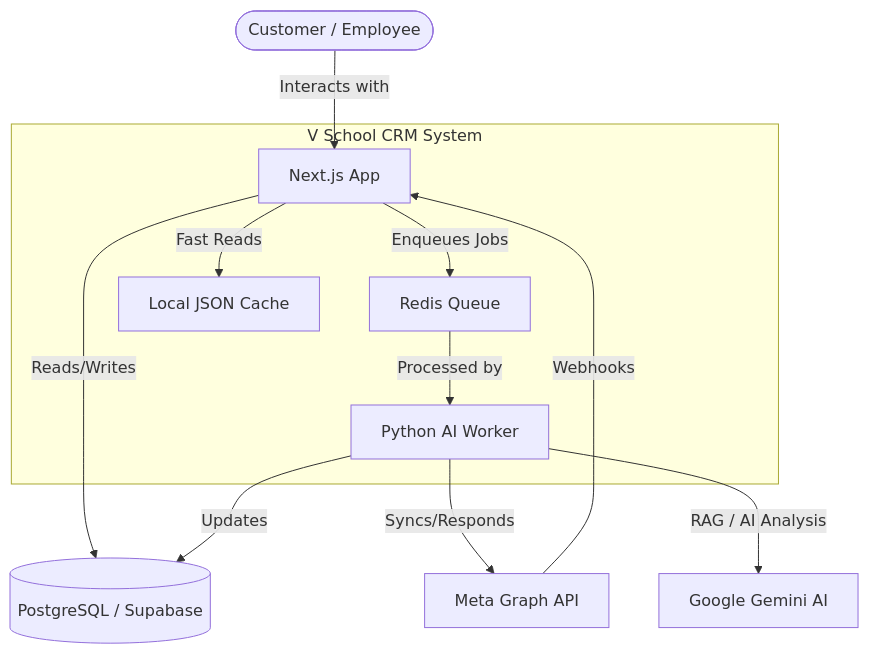
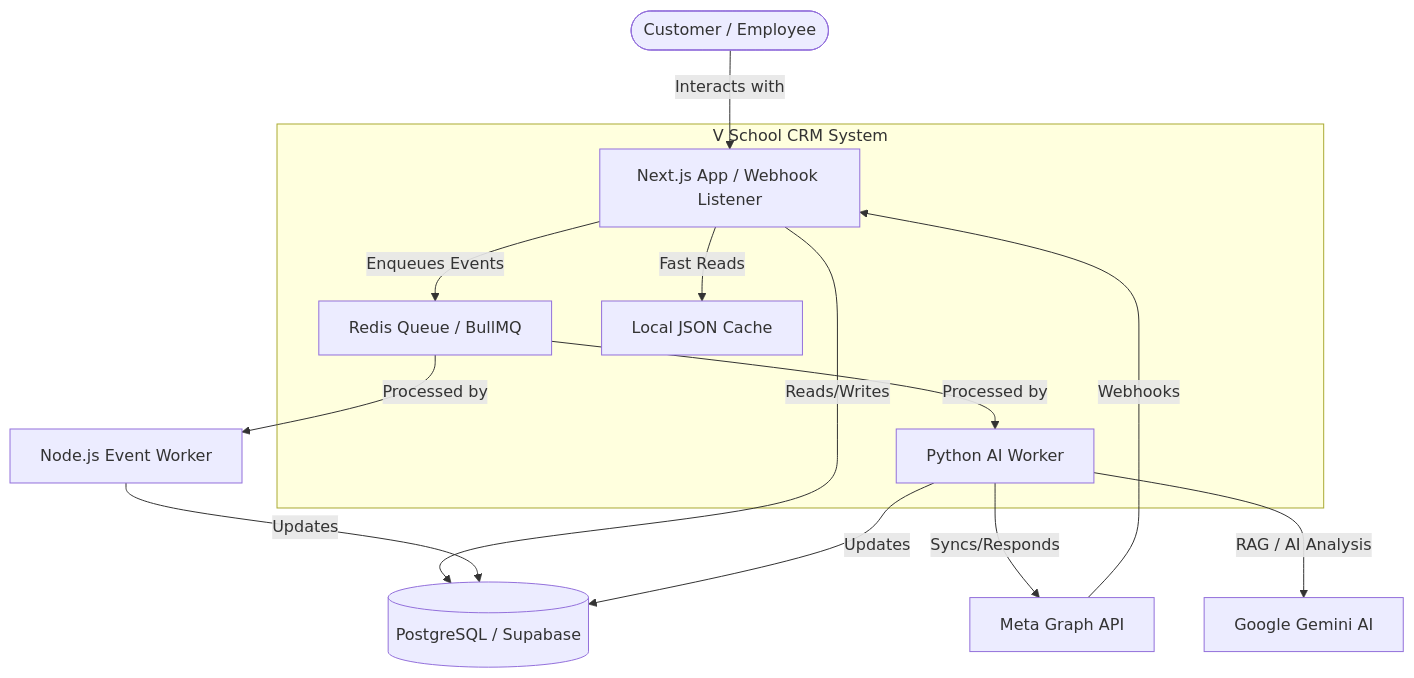
One commit to Freshair129/data_hub changed the second of 5 diagrams in crm-app/docs/architecture/arc42-main.md. Above: the diagram before and after it, drawn with Mermaid. The commit also changed other lines of this file and 90 other files, not shown here.

````diff
--- a/crm-app/docs/architecture/arc42-main.md
+++ b/crm-app/docs/architecture/arc42-main.md
@@ -59,27 +59,29 @@
 ```mermaid
 graph TD
     User([Customer / Employee])
     
     subgraph V_School_CRM_System [V School CRM System]
-        Web_App[Next.js App]
+        Web_App[Next.js App / Webhook Listener]
         Python_Worker[Python AI Worker]
-        Redis_Queue[Redis Queue]
+        Redis_Queue[Redis Queue / BullMQ]
         JSON_Cache[Local JSON Cache]
     end
 
     Supabase[(PostgreSQL / Supabase)]
     Meta[Meta Graph API]
     Gemini[Google Gemini AI]
 
     User -->|Interacts with| Web_App
     Web_App -->|Reads/Writes| Supabase
     Web_App -->|Fast Reads| JSON_Cache
-    Web_App -->|Enqueues Jobs| Redis_Queue
+    Web_App -->|Enqueues Events| Redis_Queue
+    Meta -->|Webhooks| Web_App
     
     Redis_Queue -->|Processed by| Python_Worker
+    Redis_Queue -->|Processed by| Node_Worker[Node.js Event Worker]
+    
+    Node_Worker -->|Updates| Supabase
     Python_Worker -->|Syncs/Responds| Meta
     Python_Worker -->|RAG / AI Analysis| Gemini
     Python_Worker -->|Updates| Supabase
-    
-    Meta -->|Webhooks| Web_App
 ```
````
